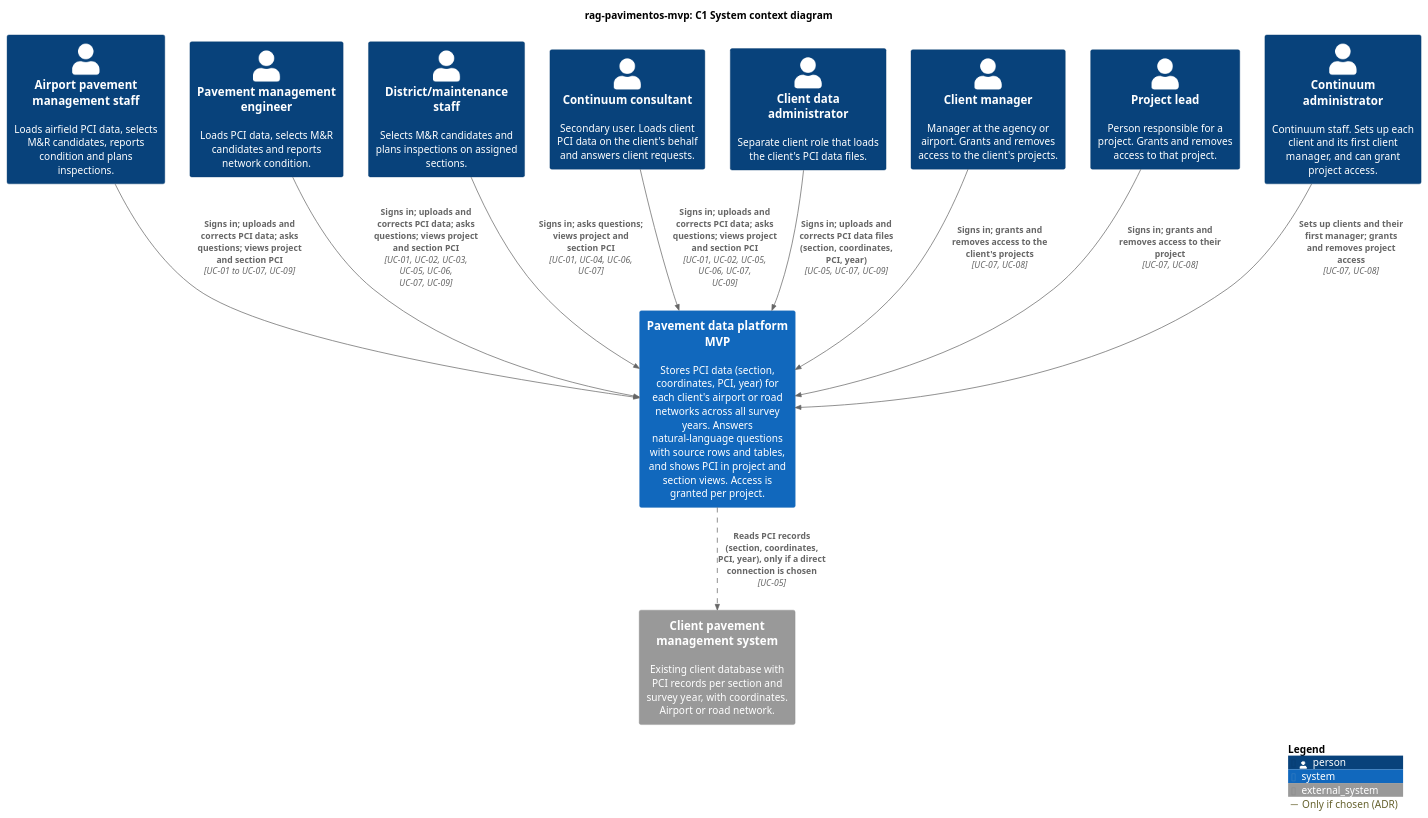
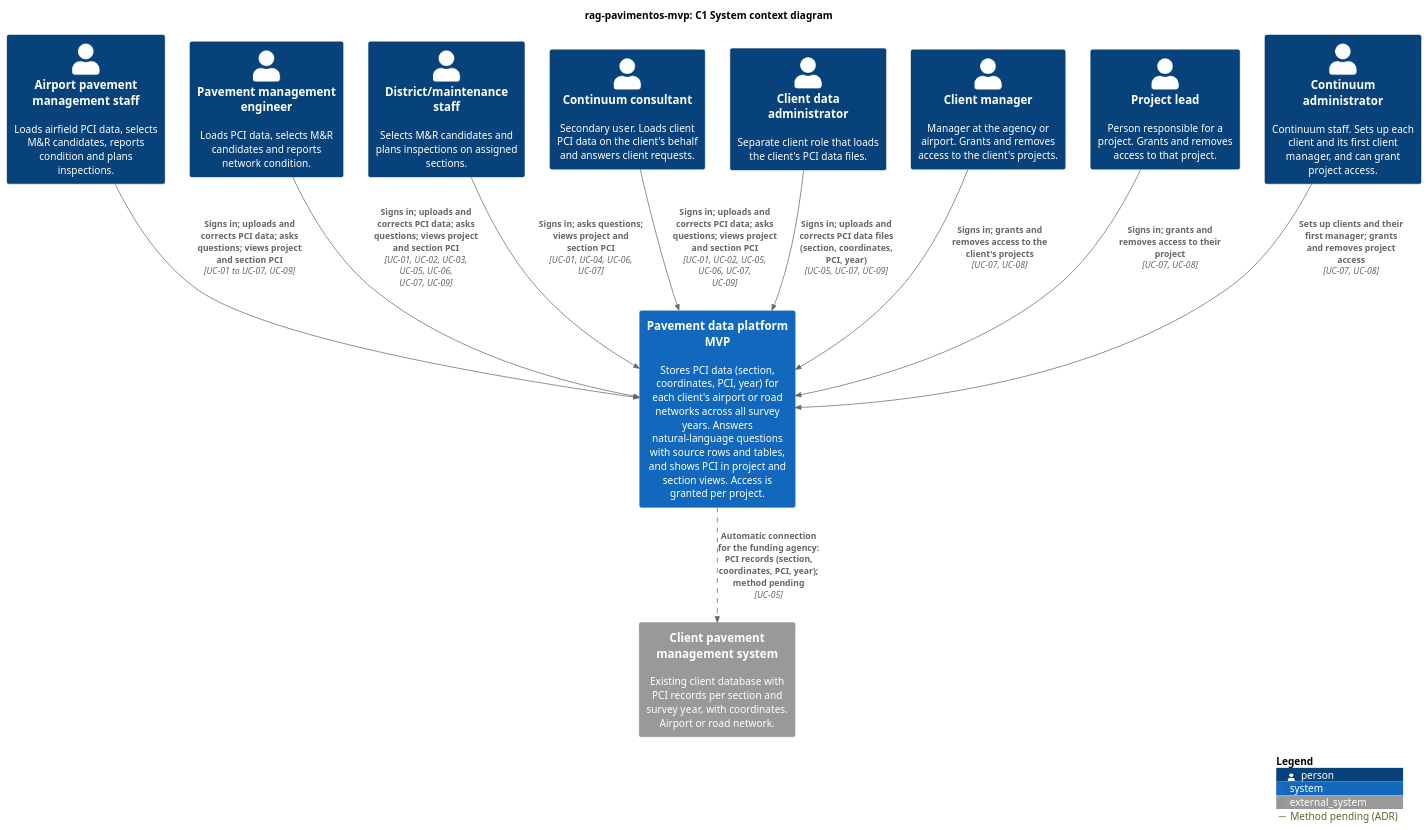
One commit to SAndrade2209/rag-pavimentos-mvp changed the diagram in docs/architecture/c4/c1-context.puml. Above: the diagram before and after it, drawn with PlantUML. The commit also changed 4 other files, not shown here.

First line of the commit message:
Accept ADR: load PCI data by upload and by an automatic connection

```diff
--- a/docs/architecture/c4/c1-context.puml
+++ b/docs/architecture/c4/c1-context.puml
@@ -1,47 +1,49 @@
 @startuml c1-context
 !include https://raw.githubusercontent.com/plantuml-stdlib/C4-PlantUML/master/C4_Context.puml
 
 title rag-pavimentos-mvp: C1 System context diagram
 
-AddRelTag("pending", $lineStyle=DashedLine(), $legendText="Only if chosen (ADR)")
+AddRelTag("pending", $lineStyle=DashedLine(), $legendText="Method pending (ADR)")
 
 ' Actors and the use cases each one performs (docs/use-cases/).
 ' Every person signs in (UC-07). Load, correct and delete, and manage access
 ' depend on per-project permissions granted in UC-08.
 ' UC-06 actors are an [assumption] (see uc-06-view-pci-in-project.md).
 ' UC-09 is shown for users who load data [assumption]; any user can receive
 ' the Correct and delete permission.
 Person(airport_staff, "Airport pavement management staff", "Loads airfield PCI data, selects M&R candidates, reports condition and plans inspections.")
 Person(pm_engineer, "Pavement management engineer", "Loads PCI data, selects M&R candidates and reports network condition.")
 Person(district_staff, "District/maintenance staff", "Selects M&R candidates and plans inspections on assigned sections.")
 Person(consultant, "Continuum consultant", "Secondary user. Loads client PCI data on the client's behalf and answers client requests.")
 
 ' Separate client role confirmed. The role name is a placeholder.
 Person(data_admin, "Client data administrator", "Separate client role that loads the client's PCI data files.")
 
 ' Access management roles. The scope of each is an [assumption] (see uc-08-manage-project-access.md).
 Person(client_manager, "Client manager", "Manager at the agency or airport. Grants and removes access to the client's projects.")
 Person(project_lead, "Project lead", "Person responsible for a project. Grants and removes access to that project.")
 Person(continuum_admin, "Continuum administrator", "Continuum staff. Sets up each client and its first client manager, and can grant project access.")
 
 System(platform, "Pavement data platform MVP", "Stores PCI data (section, coordinates, PCI, year) for each client's airport or road networks across all survey years. Answers natural-language questions with source rows and tables, and shows PCI in project and section views. Access is granted per project.")
 
-' External system. PCI data reach the MVP in two ways: people upload export files (CSV), or the platform reads from this system through a direct connection, if chosen.
+' External system. PCI data reach the MVP in two ways (ADR 2026-11-23-load-pci-data-by-upload-and-connection):
+' people upload CSV or Excel files, and, for the funding agency only, an automatic connection to this system.
+' The connection method, and so the direction of the arrow, is decided in a later ADR.
 ' Sign-in method not decided (UC-07): an identity provider is not shown until it is.
 System_Ext(pms, "Client pavement management system", "Existing client database with PCI records per section and survey year, with coordinates. Airport or road network.")
 
 Rel(airport_staff, platform, "Signs in; uploads and corrects PCI data; asks questions; views project and section PCI", "UC-01 to UC-07, UC-09")
 Rel(pm_engineer, platform, "Signs in; uploads and corrects PCI data; asks questions; views project and section PCI", "UC-01, UC-02, UC-03, UC-05, UC-06, UC-07, UC-09")
 Rel(district_staff, platform, "Signs in; asks questions; views project and section PCI", "UC-01, UC-04, UC-06, UC-07")
 Rel(consultant, platform, "Signs in; uploads and corrects PCI data; asks questions; views project and section PCI", "UC-01, UC-02, UC-05, UC-06, UC-07, UC-09")
 
 Rel(data_admin, platform, "Signs in; uploads and corrects PCI data files (section, coordinates, PCI, year)", "UC-05, UC-07, UC-09")
 
 Rel(client_manager, platform, "Signs in; grants and removes access to the client's projects", "UC-07, UC-08")
 Rel(project_lead, platform, "Signs in; grants and removes access to their project", "UC-07, UC-08")
 Rel(continuum_admin, platform, "Sets up clients and their first manager; grants and removes project access", "UC-07, UC-08")
 
-Rel(platform, pms, "Reads PCI records (section, coordinates, PCI, year), only if a direct connection is chosen", "UC-05", $tags="pending")
+Rel(platform, pms, "Automatic connection for the funding agency: PCI records (section, coordinates, PCI, year); method pending", "UC-05", $tags="pending")
 
 SHOW_LEGEND()
 @enduml
```
